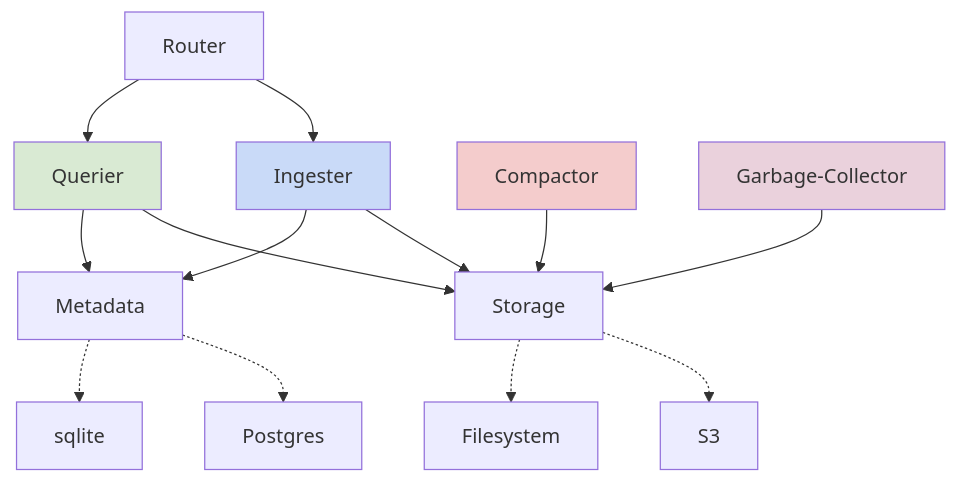
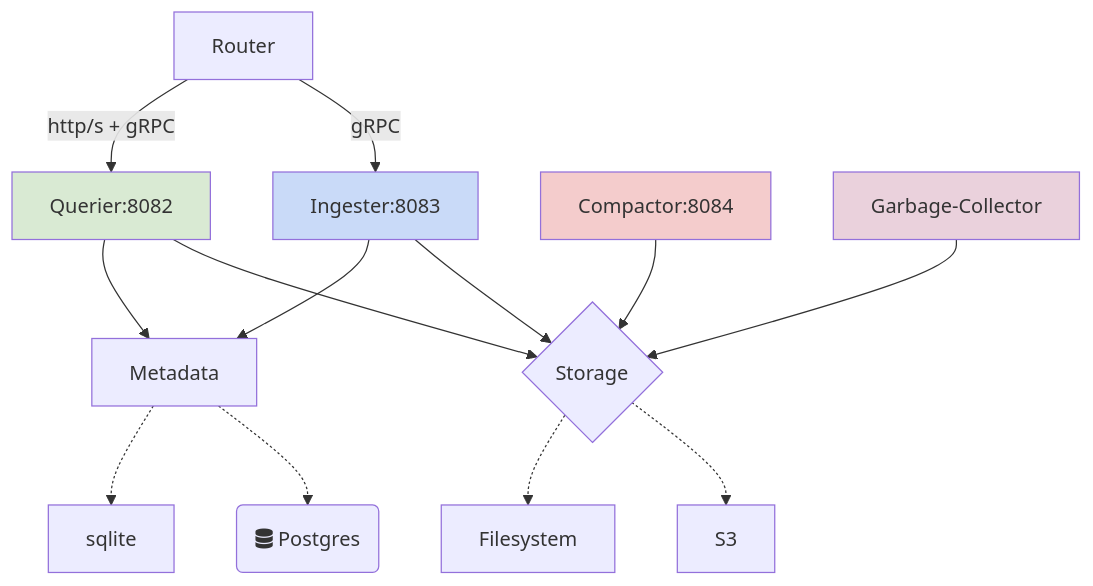
Before and after one commit to metrico/influxdb3-community: the diagram in README.md, drawn with Mermaid. The commit also changed other lines of this file, not shown here.

````diff
--- a/README.md
+++ b/README.md
@@ -50,21 +23,21 @@
 ```mermaid
   graph TD;
-      Router-->Ingester;
-      Router-->Querier;
-      Ingester-->Storage;
-      Querier-->Storage;
-      Compactor-->Storage;
-      Ingester-->Metadata;
-      Querier-->Metadata;
-      Metadata-.->Postgres;
+      Router-- gRPC -->Ingester:8083;
+      Router-- http/s + gRPC -->Querier:8082;
+      Ingester:8083-->Storage;
+      Querier:8082-->Storage;
+      Compactor:8084-->Storage{Storage};
+      Ingester:8083-->Metadata;
+      Querier:8082-->Metadata;
+      Metadata-.->Postgres(fa:fa-database Postgres);
       Metadata-.->sqlite;
       Garbage-Collector-->Storage;
       Storage-.->S3;
       Storage-.->Filesystem;
 
-   style Querier fill:#d9ead3ff
-   style Ingester fill:#c9daf8ff
-   style Compactor fill:#f4ccccff
+   style Querier:8082 fill:#d9ead3ff
+   style Ingester:8083 fill:#c9daf8ff
+   style Compactor:8084 fill:#f4ccccff
    style Garbage-Collector fill:#ead1dcff
 
 ```
````
